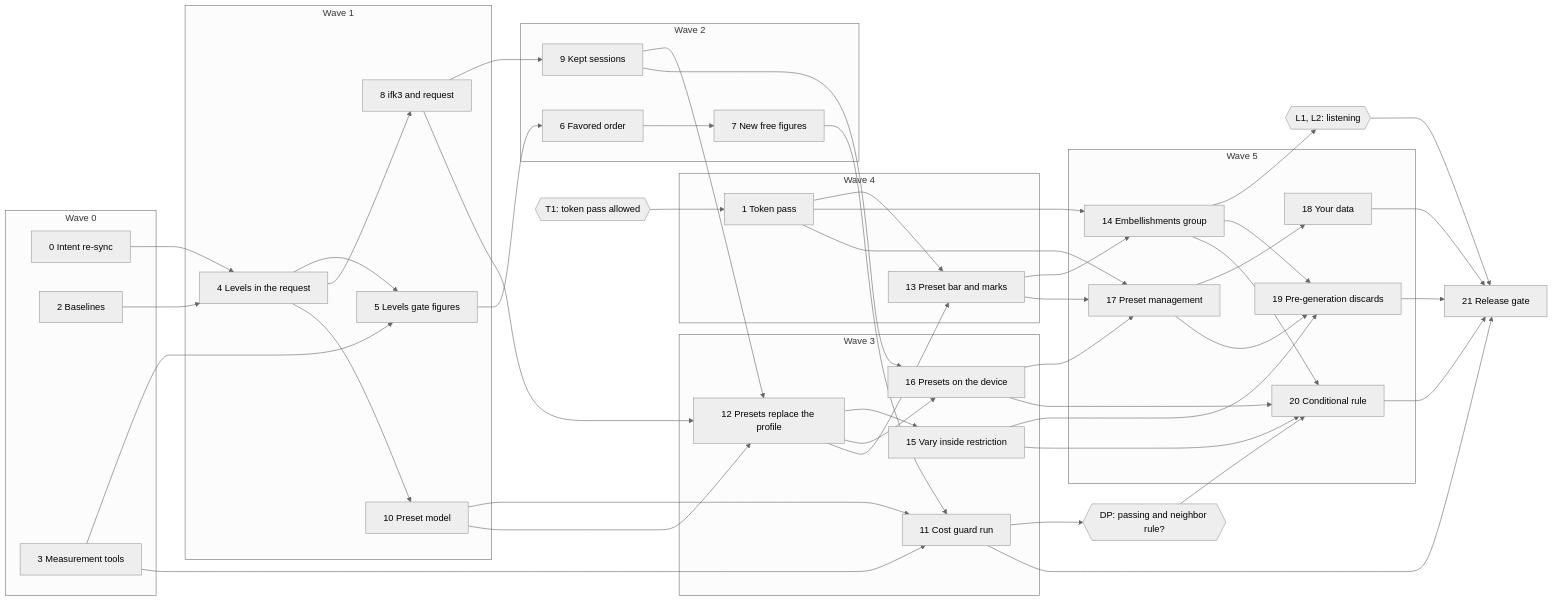
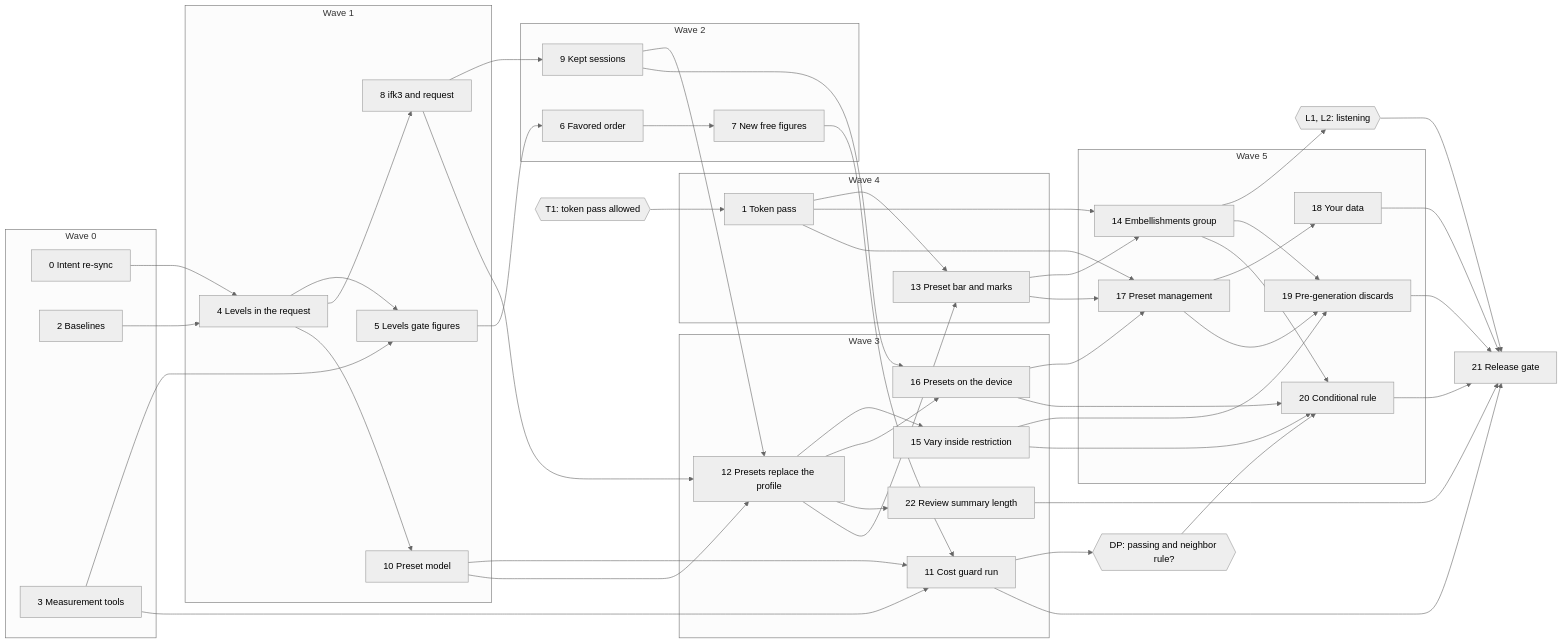
Before and after one commit to kluthen/infinite-flow: the diagram in specs/versions/v3/build-plan-v3.1.md, drawn with Mermaid (neutral theme). The commit also changed other lines of this file and 6 other files, not shown here.

First line of the commit message:
Plan v12: chunk 9 follow-ups, {length} in the review summary, M3 heavy case, ISS-013 (D373-D375)

````diff
--- a/specs/versions/v3/build-plan-v3.1.md
+++ b/specs/versions/v3/build-plan-v3.1.md
@@ -137,6 +142,7 @@
     C12[12 Presets replace the profile]
     C15[15 Vary inside restriction]
     C16[16 Presets on the device]
+    C22[22 Review summary length]
   end
   subgraph W4[Wave 4]
     C1[1 Token pass]
@@ -169,6 +175,7 @@
   C10 --> C12
   C12 --> C15
   C12 --> C16
+  C12 --> C22
   C9 --> C16
   C1 --> C13
   C12 --> C13
@@ -190,5 +197,6 @@
   C18 --> C21
   C19 --> C21
   C20 --> C21
+  C22 --> C21
   L --> C21
 ```
````
